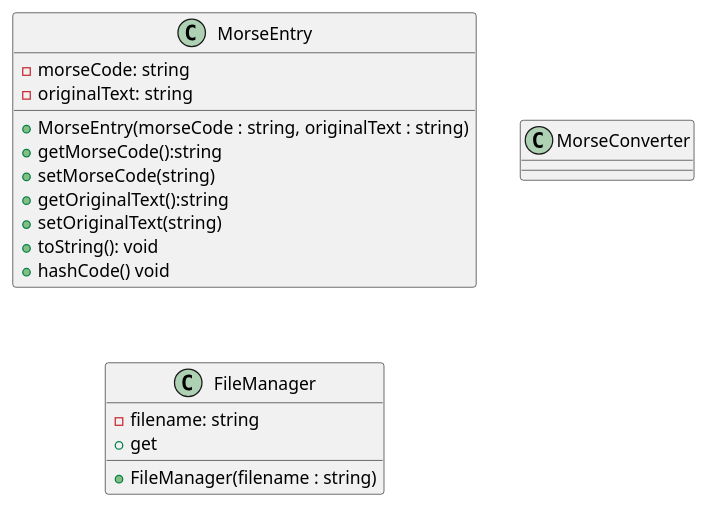
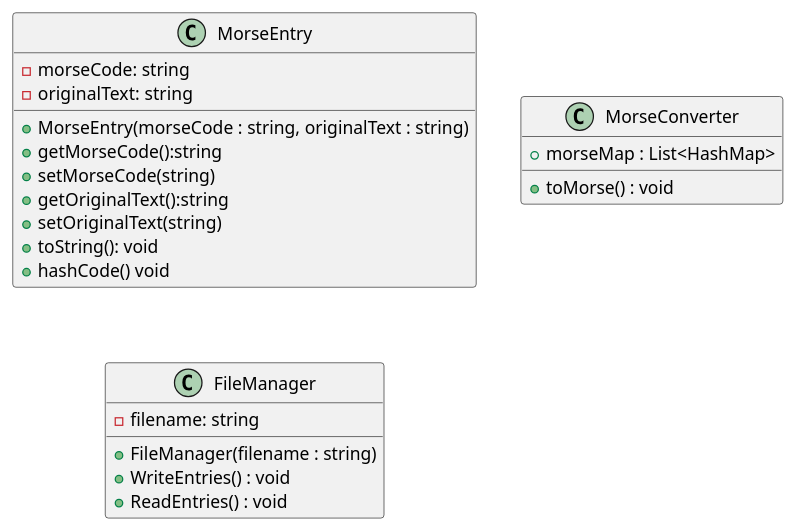
Before and after one commit to LiamPana/226A: the diagram in Esercizi/Progetto/ProvaProgetti/src/Morse.puml, drawn with PlantUML.

```diff
--- a/Esercizi/Progetto/ProvaProgetti/src/Morse.puml
+++ b/Esercizi/Progetto/ProvaProgetti/src/Morse.puml
@@ -1,21 +1,23 @@
 @startuml
 class MorseEntry {
  -morseCode: string
  -originalText: string
  +MorseEntry(morseCode : string, originalText : string)
  +getMorseCode():string
  +setMorseCode(string)
  +getOriginalText():string
  +setOriginalText(string)
  +toString(): void
  +hashCode() void
 }
 class MorseConverter{
-
++morseMap : List<HashMap>
++toMorse() : void
 }
 class FileManager{
 -filename: string
 +FileManager(filename : string)
-+get
++WriteEntries() : void
++ReadEntries() : void
 }
 @enduml
```
